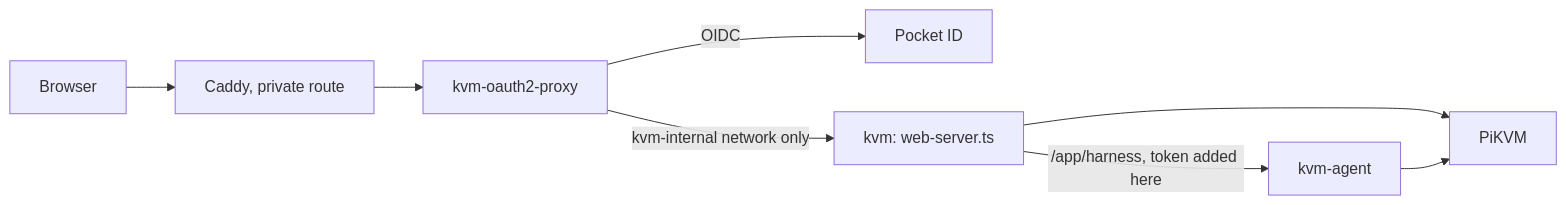
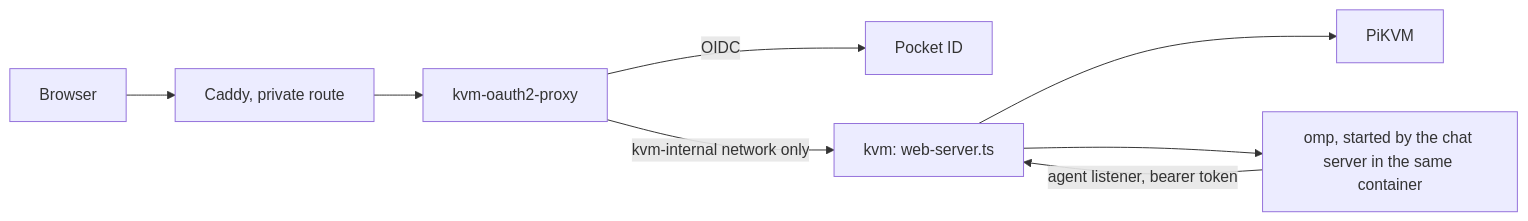
Before and after one commit to kierandrewett/pikvm-desktop-agentic: the diagram in README.md, drawn with Mermaid. The commit also changed other lines of this file and 11 other files, not shown here.

Commit message:
docs: S6 cutover status, PLAN, README, AGENTS, TODO, PRODUCT, parity matrix; the Python harness requirements ledger goes; chat-integration, agent-chat-map and console-inventory marked superseded or historical

````diff
--- a/README.md
+++ b/README.md
@@ -132,10 +106,10 @@
 ```mermaid
 flowchart LR
     phone[Browser] --> caddy[Caddy, private route]
     caddy --> proxy[kvm-oauth2-proxy]
     proxy -->|OIDC| pocket[Pocket ID]
     proxy -->|kvm-internal network only| kvm[kvm: web-server.ts]
     kvm --> pi[PiKVM]
-    kvm -->|/app/harness, token added here| agent[kvm-agent]
-    agent --> pi
+    kvm --> omp[omp, started by the chat server in the same container]
+    omp -->|agent listener, bearer token| kvm
 ```
````
